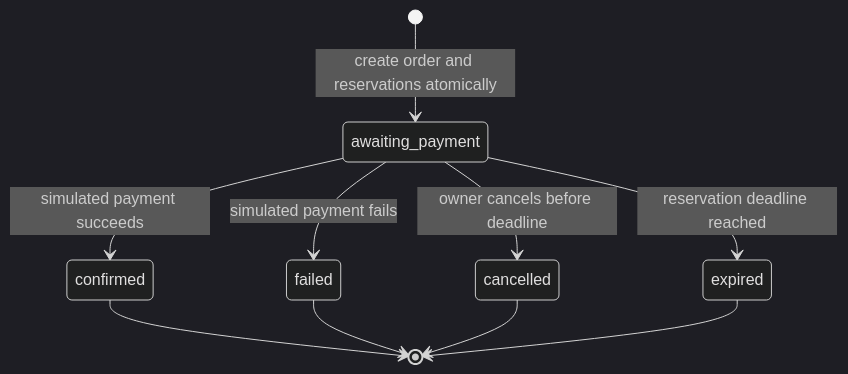
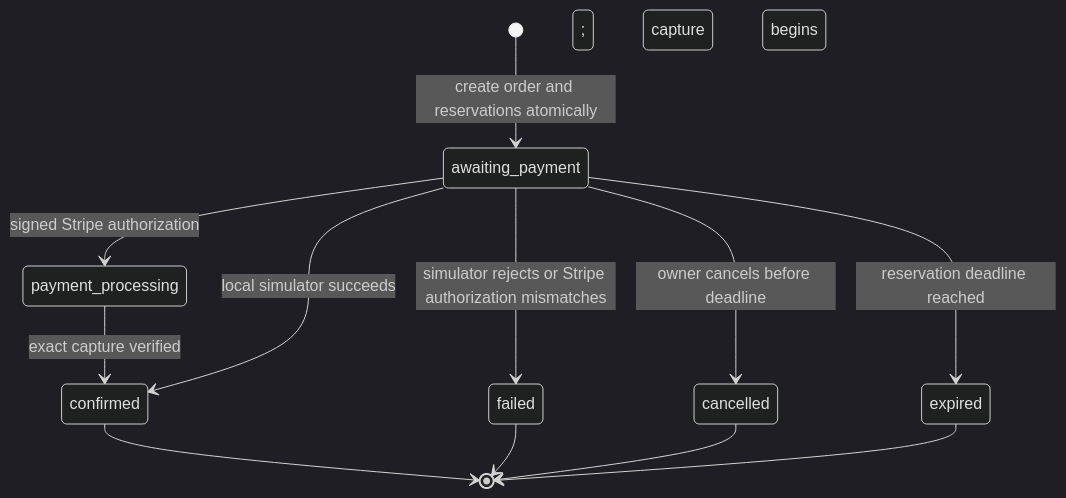
The diagram in docs/product/purchase-workflow.md (lewislpz/blast-ecom), drawn with Mermaid (dark theme) before and after one commit. The commit also changed other lines of this file and 38 other files, not shown here.

````diff
--- a/docs/product/purchase-workflow.md
+++ b/docs/product/purchase-workflow.md
@@ -19,12 +19,14 @@
 ```mermaid
 stateDiagram-v2
     [*] --> awaiting_payment: create order and reservations atomically
-    awaiting_payment --> confirmed: simulated payment succeeds
-    awaiting_payment --> failed: simulated payment fails
+    awaiting_payment --> payment_processing: signed Stripe authorization; capture begins
+    payment_processing --> confirmed: exact capture verified
+    awaiting_payment --> confirmed: local simulator succeeds
+    awaiting_payment --> failed: simulator rejects or Stripe authorization mismatches
     awaiting_payment --> cancelled: owner cancels before deadline
     awaiting_payment --> expired: reservation deadline reached
     confirmed --> [*]
     failed --> [*]
     cancelled --> [*]
     expired --> [*]
 ```
````
